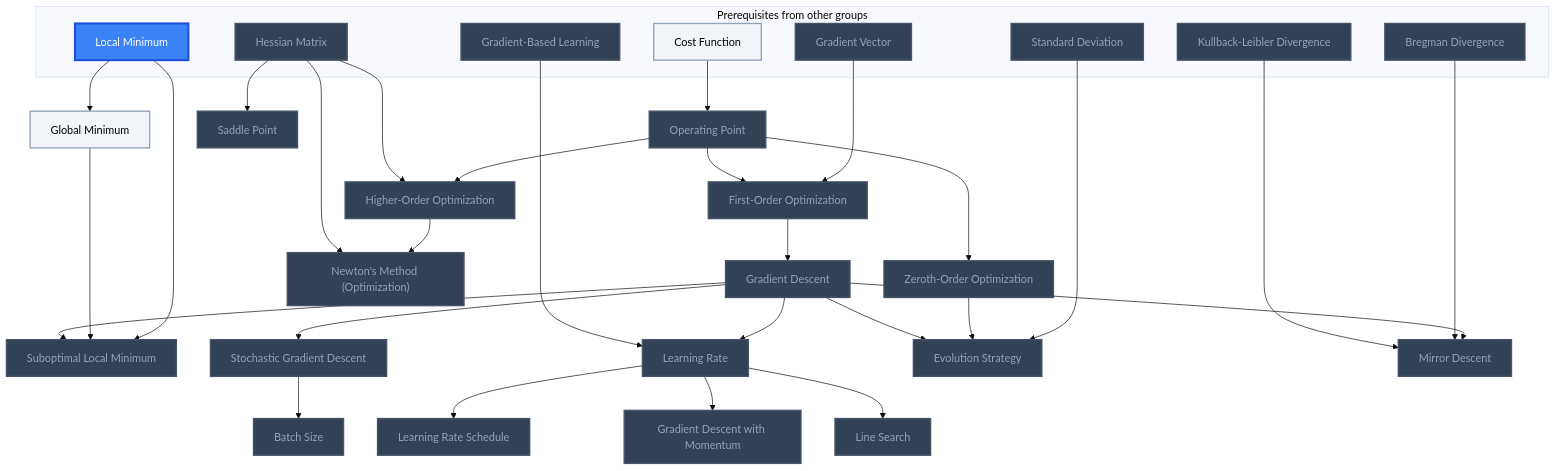
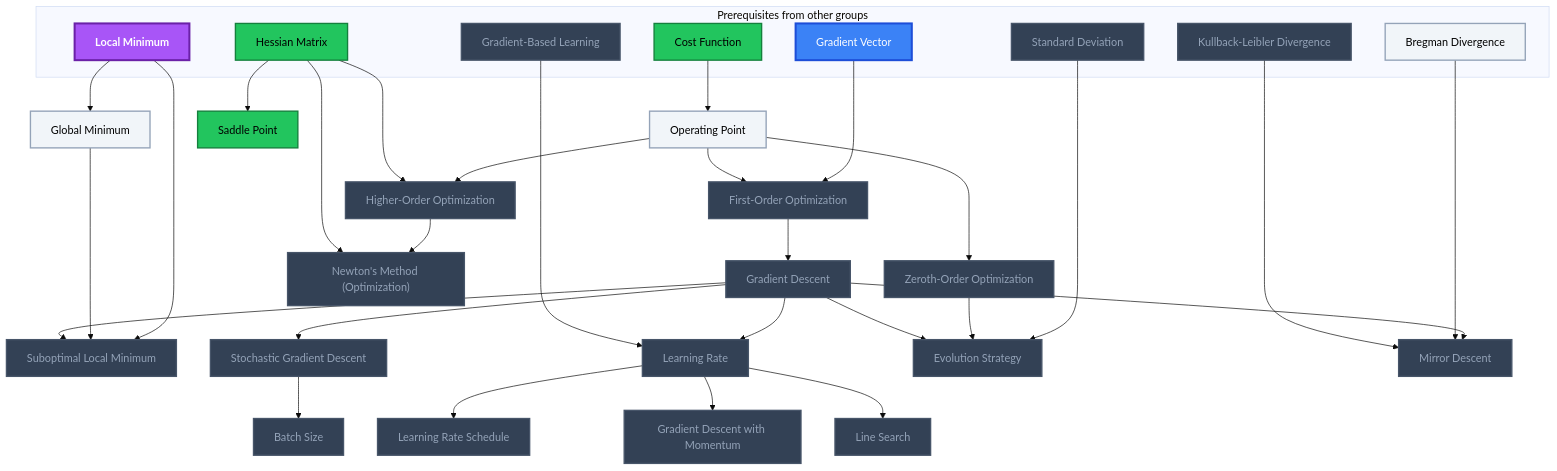
The second of 2 diagrams in Gamification/Skill Trees/Optimization.md (MRauf1/My-Notes), drawn with Mermaid (base theme) before and after one commit. The commit also changed other lines of this file and 145 other files, not shown here.

````diff
--- a/Gamification/Skill Trees/Optimization.md
+++ b/Gamification/Skill Trees/Optimization.md
@@ -43,70 +44,72 @@
 ```mermaid
 flowchart TD
     classDef planned fill:#1E293B,stroke:#64748B,stroke-width:2px,stroke-dasharray:5 5,color:#94A3B8;
     classDef locked fill:#334155,stroke:#475569,stroke-width:2px,color:#94A3B8;
     classDef L0 fill:#F1F5F9,stroke:#94A3B8,stroke-width:2px,color:#000000;
     classDef L1 fill:#22C55E,stroke:#15803D,stroke-width:2px,color:#000000;
     classDef L2 fill:#3B82F6,stroke:#1D4ED8,stroke-width:3px,color:#FFFFFF;
     classDef L3 fill:#A855F7,stroke:#6B21A8,stroke-width:3px,color:#FFFFFF,font-weight:bold;
     classDef L4 fill:#F97316,stroke:#C2410C,stroke-width:4px,color:#000000,font-weight:bold;
     classDef L5 fill:#FFD700,stroke:#FF8C00,stroke-width:5px,color:#000000,font-weight:bold;
     classDef rusty stroke:#8B4513,stroke-width:4px,stroke-dasharray:3 3;
     subgraph sg_prereqs["Prerequisites from other groups"]
         n_cost_function["Cost Function"]
         n_gradient_vector["Gradient Vector"]
         n_hessian_matrix["Hessian Matrix"]
         n_gradient_based_learning["Gradient-Based Learning"]
         n_local_minimum["Local Minimum"]
         n_standard_deviation["Standard Deviation"]
         n_bregman_divergence["Bregman Divergence"]
         n_kullback_leibler_divergence["Kullback-Leibler Divergence"]
     end
     n_operating_point["Operating Point"]
     n_zeroth_order_optimization["Zeroth-Order Optimization"]
     n_first_order_optimization["First-Order Optimization"]
     n_higher_order_optimization["Higher-Order Optimization"]
     n_global_minimum["Global Minimum"]
     n_suboptimal_local_minimum["Suboptimal Local Minimum"]
     n_saddle_point["Saddle Point"]
     n_gradient_descent["Gradient Descent"]
     n_learning_rate["Learning Rate"]
     n_learning_rate_schedule["Learning Rate Schedule"]
     n_stochastic_gradient_descent["Stochastic Gradient Descent"]
     n_batch_size["Batch Size"]
     n_gradient_descent_with_momentum["Gradient Descent with Momentum"]
     n_line_search["Line Search"]
     n_newton_s_method_optimization["Newton's Method (Optimization)"]
     n_evolution_strategy["Evolution Strategy"]
     n_mirror_descent["Mirror Descent"]
     n_cost_function --> n_operating_point
     n_operating_point --> n_zeroth_order_optimization
     n_gradient_vector --> n_first_order_optimization
     n_operating_point --> n_first_order_optimization
     n_operating_point --> n_higher_order_optimization
     n_hessian_matrix --> n_higher_order_optimization
     n_first_order_optimization --> n_gradient_descent
     n_gradient_descent --> n_learning_rate
     n_gradient_based_learning --> n_learning_rate
     n_learning_rate --> n_learning_rate_schedule
     n_gradient_descent --> n_stochastic_gradient_descent
     n_stochastic_gradient_descent --> n_batch_size
     n_learning_rate --> n_gradient_descent_with_momentum
     n_local_minimum --> n_suboptimal_local_minimum
     n_global_minimum --> n_suboptimal_local_minimum
     n_gradient_descent --> n_suboptimal_local_minimum
     n_standard_deviation --> n_evolution_strategy
     n_zeroth_order_optimization --> n_evolution_strategy
     n_gradient_descent --> n_evolution_strategy
     n_local_minimum --> n_global_minimum
     n_hessian_matrix --> n_saddle_point
     n_higher_order_optimization --> n_newton_s_method_optimization
     n_hessian_matrix --> n_newton_s_method_optimization
     n_learning_rate --> n_line_search
     n_gradient_descent --> n_mirror_descent
     n_bregman_divergence --> n_mirror_descent
     n_kullback_leibler_divergence --> n_mirror_descent
-    class n_gradient_vector,n_hessian_matrix,n_gradient_based_learning,n_standard_deviation,n_bregman_divergence,n_kullback_leibler_divergence,n_operating_point,n_zeroth_order_optimization,n_first_order_optimization,n_higher_order_optimization,n_suboptimal_local_minimum,n_saddle_point,n_gradient_descent,n_learning_rate,n_learning_rate_schedule,n_stochastic_gradient_descent,n_batch_size,n_gradient_descent_with_momentum,n_line_search,n_newton_s_method_optimization,n_evolution_strategy,n_mirror_descent locked;
-    class n_cost_function,n_global_minimum L0;
-    class n_local_minimum L2;
+    class n_gradient_based_learning,n_standard_deviation,n_kullback_leibler_divergence,n_zeroth_order_optimization,n_first_order_optimization,n_higher_order_optimization,n_suboptimal_local_minimum,n_gradient_descent,n_learning_rate,n_learning_rate_schedule,n_stochastic_gradient_descent,n_batch_size,n_gradient_descent_with_momentum,n_line_search,n_newton_s_method_optimization,n_evolution_strategy,n_mirror_descent locked;
+    class n_bregman_divergence,n_operating_point,n_global_minimum L0;
+    class n_cost_function,n_hessian_matrix,n_saddle_point L1;
+    class n_gradient_vector L2;
+    class n_local_minimum L3;
     class n_cost_function,n_gradient_vector,n_hessian_matrix,n_gradient_based_learning,n_local_minimum,n_standard_deviation,n_bregman_divergence,n_kullback_leibler_divergence,n_operating_point,n_zeroth_order_optimization,n_first_order_optimization,n_higher_order_optimization,n_global_minimum,n_suboptimal_local_minimum,n_saddle_point,n_gradient_descent,n_learning_rate,n_learning_rate_schedule,n_stochastic_gradient_descent,n_batch_size,n_gradient_descent_with_momentum,n_line_search,n_newton_s_method_optimization,n_evolution_strategy,n_mirror_descent internal-link;
 ```
````
